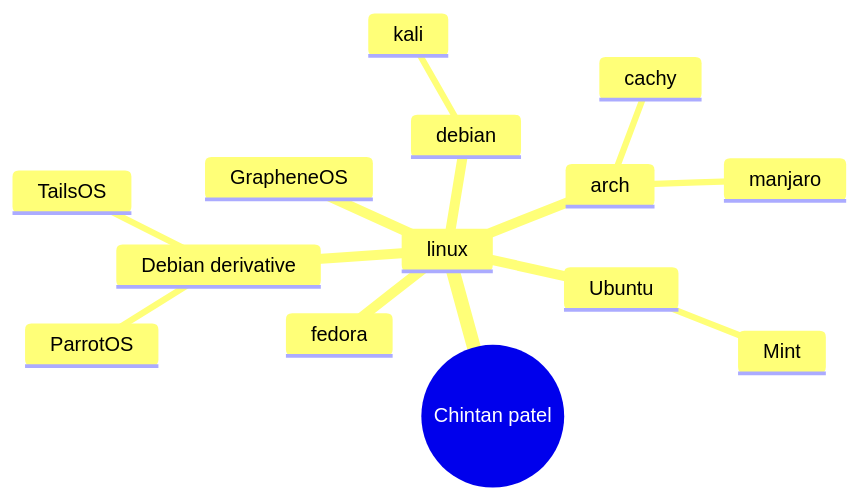
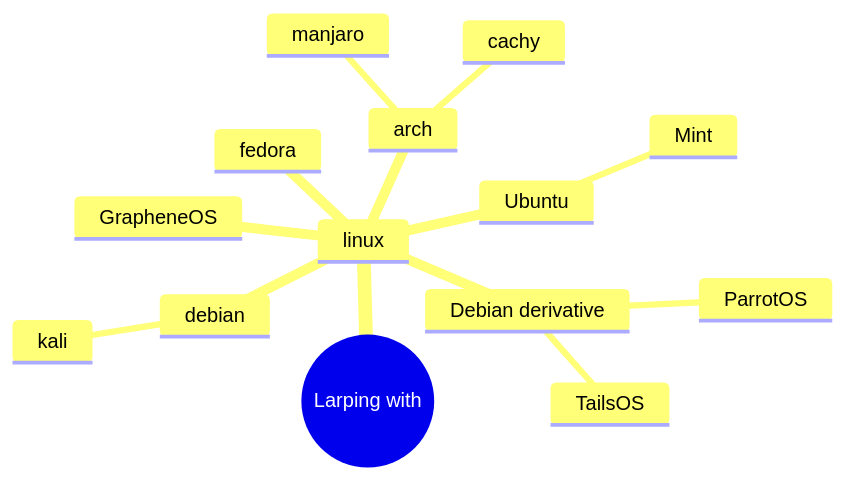
The diagram in README.md (Chintanpatel24/Chintanpatel24), drawn with Mermaid before and after one commit.

````diff
--- a/README.md
+++ b/README.md
@@ -4,18 +4,18 @@
 ```mermaid
 mindmap
-  root((Chintan patel))
+  root((Larping with))
    linux
     GrapheneOS
     arch
       cachy
       manjaro
     debian
       kali
     Ubuntu
       Mint
     fedora
     Debian derivative
       ParrotOS
       TailsOS
       
 ```
````
